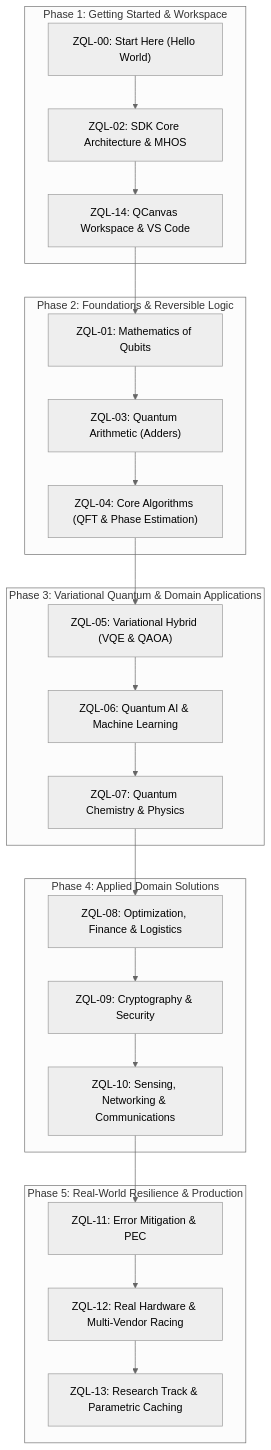
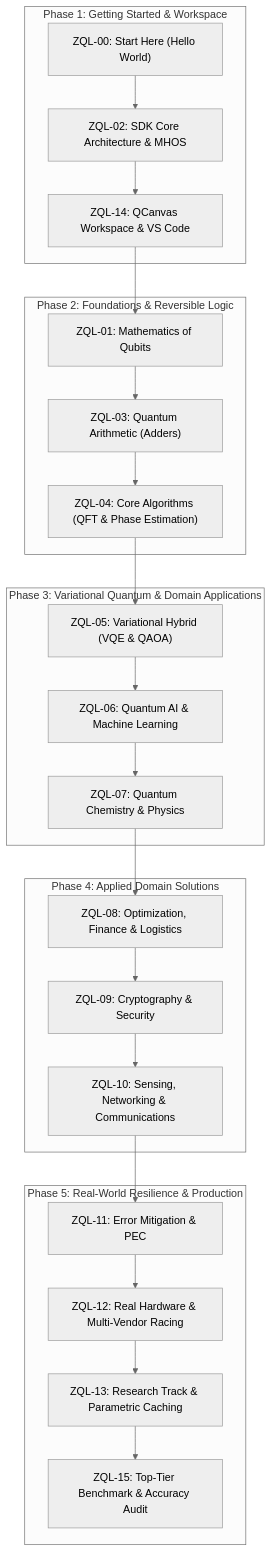
Before and after one commit to Vnnie-Mun/zuntenium: the diagram in docs/index.md, drawn with Mermaid (neutral theme). The commit also changed other lines of this file and 5 other files, not shown here.

First line of the commit message:
feat(audit): add ZQL-15 Top-Tier SDK Benchmark Audit & 8-Layer Accuracy Scorecard

````diff
--- a/docs/index.md
+++ b/docs/index.md
@@ -11,38 +11,39 @@
 ```mermaid
 graph TD
     subgraph "Phase 1: Getting Started & Workspace"
         Z00["ZQL-00: Start Here (Hello World)"]
         Z02["ZQL-02: SDK Core Architecture & MHOS"]
         Z14["ZQL-14: QCanvas Workspace & VS Code"]
     end
 
     subgraph "Phase 2: Foundations & Reversible Logic"
         Z01["ZQL-01: Mathematics of Qubits"]
         Z03["ZQL-03: Quantum Arithmetic (Adders)"]
         Z04["ZQL-04: Core Algorithms (QFT & Phase Estimation)"]
     end
 
     subgraph "Phase 3: Variational Quantum & Domain Applications"
         Z05["ZQL-05: Variational Hybrid (VQE & QAOA)"]
         Z06["ZQL-06: Quantum AI & Machine Learning"]
         Z07["ZQL-07: Quantum Chemistry & Physics"]
     end
 
     subgraph "Phase 4: Applied Domain Solutions"
         Z08["ZQL-08: Optimization, Finance & Logistics"]
         Z09["ZQL-09: Cryptography & Security"]
         Z10["ZQL-10: Sensing, Networking & Communications"]
     end
 
     subgraph "Phase 5: Real-World Resilience & Production"
         Z11["ZQL-11: Error Mitigation & PEC"]
         Z12["ZQL-12: Real Hardware & Multi-Vendor Racing"]
         Z13["ZQL-13: Research Track & Parametric Caching"]
+        Z15["ZQL-15: Top-Tier Benchmark & Accuracy Audit"]
     end
 
     Z00 --> Z02 --> Z14
     Z14 --> Z01 --> Z03 --> Z04
     Z04 --> Z05 --> Z06 --> Z07
     Z07 --> Z08 --> Z09 --> Z10
-    Z10 --> Z11 --> Z12 --> Z13
+    Z10 --> Z11 --> Z12 --> Z13 --> Z15
 ```
````
